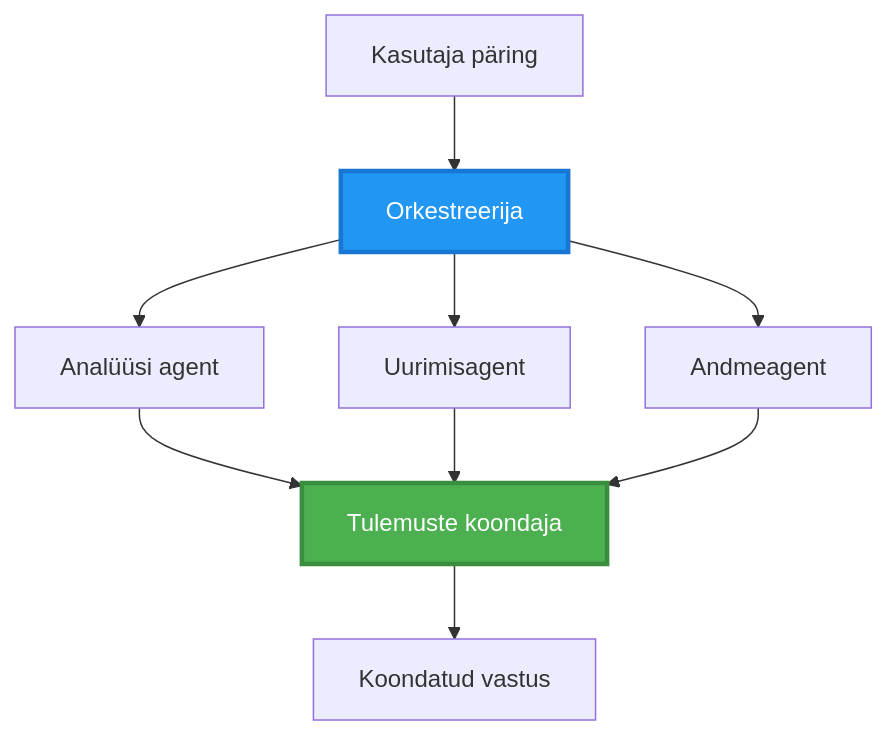
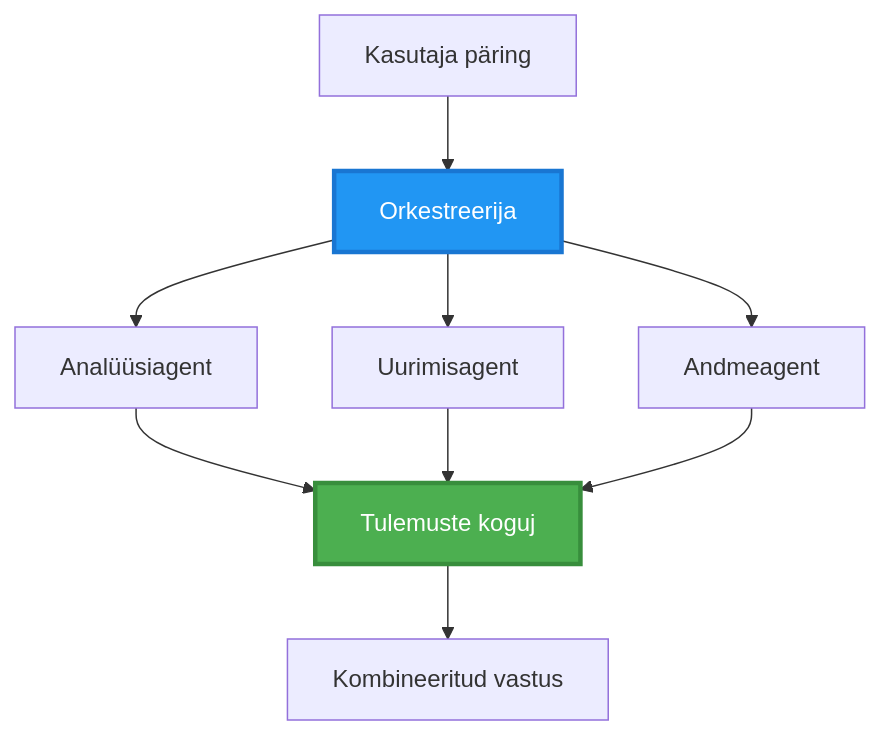
The second of 6 diagrams in translations/et/docs/chapter-06-pre-deployment/coordination-patterns.md (microsoft/AZD-for-beginners), drawn with Mermaid before and after one commit. The commit also changed other lines of this file and 101 other files, not shown here.

````diff
--- a/translations/et/docs/chapter-06-pre-deployment/coordination-patterns.md
+++ b/translations/et/docs/chapter-06-pre-deployment/coordination-patterns.md
@@ -106,22 +100,22 @@
 ```mermaid
 graph TB
     User[Kasutaja päring]
     Orchestrator[Orkestreerija]
-    Agent1[Analüüsi agent]
+    Agent1[Analüüsiagent]
     Agent2[Uurimisagent]
     Agent3[Andmeagent]
-    Aggregator[Tulemuste koondaja]
-    Response[Koondatud vastus]
+    Aggregator[Tulemuste koguj]
+    Response[Kombineeritud vastus]
     
     User --> Orchestrator
     Orchestrator --> Agent1
     Orchestrator --> Agent2
     Orchestrator --> Agent3
     Agent1 --> Aggregator
     Agent2 --> Aggregator
     Agent3 --> Aggregator
     Aggregator --> Response
     
     style Orchestrator fill:#2196F3,stroke:#1976D2,stroke-width:3px,color:#fff
     style Aggregator fill:#4CAF50,stroke:#388E3C,stroke-width:3px,color:#fff
 ```
````
